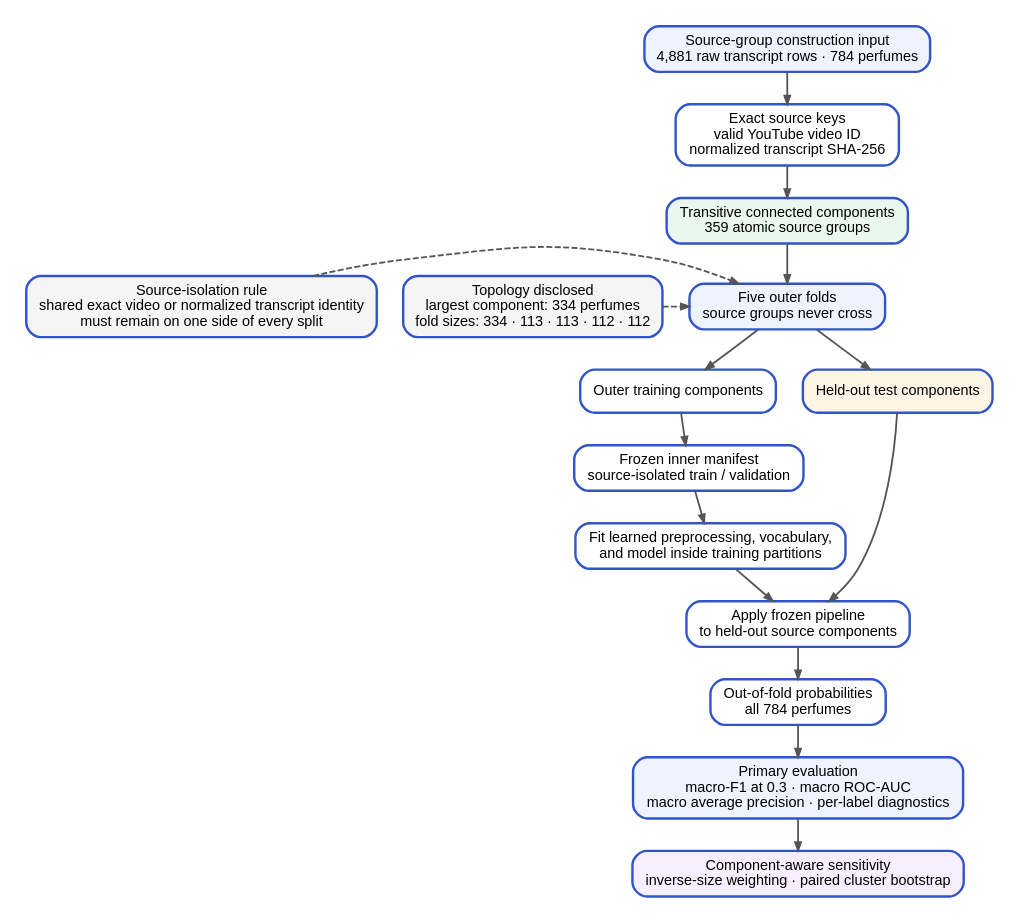
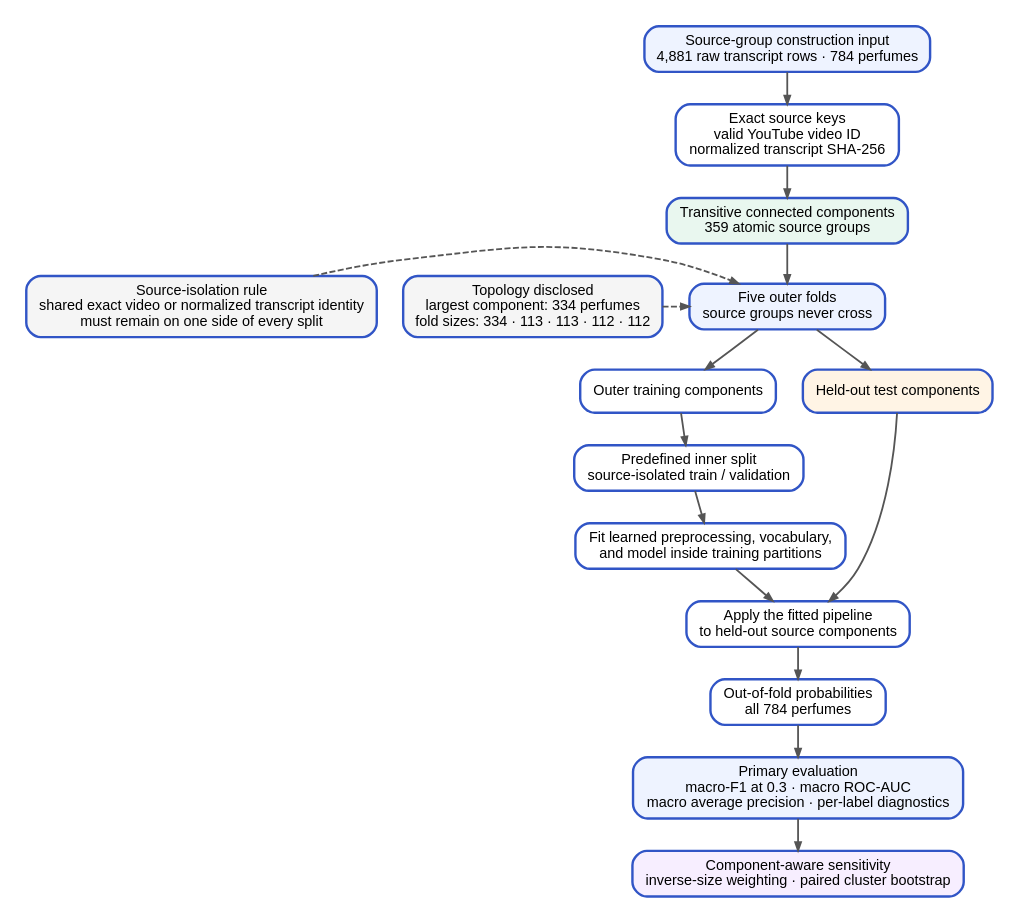
The diagram in docs/thesis/mermaid diagrams/graphviz/figure_3_5_cross_validation_leakage_control.dot (ececanga/Sentiment-Analysis-for-Perfume-Reviews), drawn with Graphviz before and after one commit. The commit also changed 170 other files, not shown here.

```diff
--- a/docs/thesis/mermaid diagrams/graphviz/figure_3_5_cross_validation_leakage_control.dot
+++ b/docs/thesis/mermaid diagrams/graphviz/figure_3_5_cross_validation_leakage_control.dot
@@ -1,32 +1,32 @@
 digraph G {
   graph [rankdir=TB, bgcolor="white", pad=0.2, nodesep=0.30, ranksep=0.38, fontname="Arial"];
   node [shape=box, style="rounded,filled", fillcolor="white", color="#3155C6", penwidth=2, fontname="Arial", fontsize=12, margin="0.15,0.09"];
   edge [color="#555555", penwidth=1.5, arrowsize=0.7];
 
   A [label="Source-group construction input\n4,881 raw transcript rows · 784 perfumes", fillcolor="#EEF3FF"];
   B [label="Exact source keys\nvalid YouTube video ID\nnormalized transcript SHA-256"];
   C [label="Transitive connected components\n359 atomic source groups", fillcolor="#E9F7EF"];
   D [label="Five outer folds\nsource groups never cross", fillcolor="#EEF3FF"];
   E [label="Outer training components"];
   F [label="Held-out test components", fillcolor="#FFF4E5"];
-  V [label="Frozen inner manifest\nsource-isolated train / validation"];
+  V [label="Predefined inner split\nsource-isolated train / validation"];
   G [label="Fit learned preprocessing, vocabulary,\nand model inside training partitions"];
-  H [label="Apply frozen pipeline\nto held-out source components"];
+  H [label="Apply the fitted pipeline\nto held-out source components"];
   I [label="Out-of-fold probabilities\nall 784 perfumes"];
   J [label="Primary evaluation\nmacro-F1 at 0.3 · macro ROC-AUC\nmacro average precision · per-label diagnostics", fillcolor="#EEF3FF"];
   K [label="Source-isolation rule\nshared exact video or normalized transcript identity\nmust remain on one side of every split", fillcolor="#F5F5F5"];
   M [label="Topology disclosed\nlargest component: 334 perfumes\nfold sizes: 334 · 113 · 113 · 112 · 112", fillcolor="#F5F5F5"];
   N [label="Component-aware sensitivity\ninverse-size weighting · paired cluster bootstrap", fillcolor="#F7EEFF"];
 
   A -> B -> C -> D;
   D -> E;
   D -> F;
   E -> V -> G -> H;
   F -> H;
   H -> I -> J -> N;
   K -> D [style=dashed];
   M -> D [style=dashed];
 
   {rank=same; K; D; M}
   {rank=same; E; F}
 }
```
